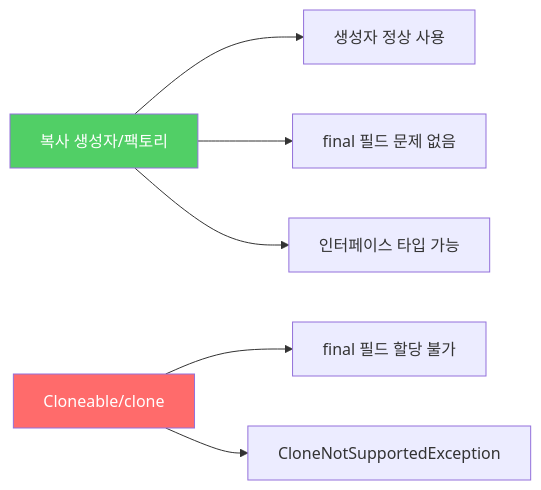
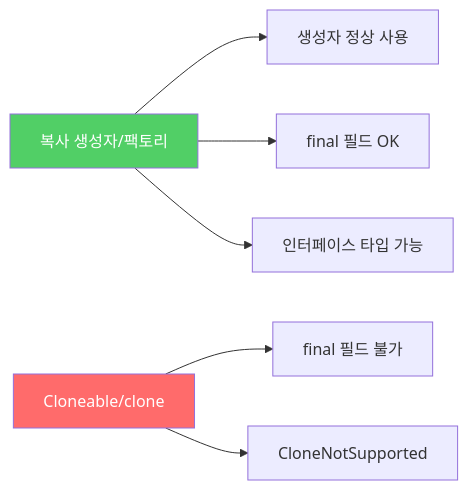
One commit to yjkim2015/yjkim2015.github.io changed the third of 4 diagrams in _posts/java/2021-12-27-effective-java13.md. Above: the diagram before and after it, drawn with Mermaid. The commit also changed 48 other files, not shown here.

First line of the commit message:
Mermaid 최종 47건 수정: participant/노드/줄수/라벨 전부 기준 이하

````diff
--- a/_posts/java/2021-12-27-effective-java13.md
+++ b/_posts/java/2021-12-27-effective-java13.md
@@ -188,12 +188,12 @@
 ```mermaid
 graph LR
     B["복사 생성자/팩토리"]
     C["Cloneable/clone"]
     B --> B1["생성자 정상 사용"]
-    B --> B2["final 필드 문제 없음"]
+    B --> B2["final 필드 OK"]
     B --> B3["인터페이스 타입 가능"]
-    C --> C1["final 필드 할당 불가"]
-    C --> C2["CloneNotSupportedException"]
+    C --> C1["final 필드 불가"]
+    C --> C2["CloneNotSupported"]
     style B fill:#51cf66,color:#fff
     style C fill:#ff6b6b,color:#fff
 ```
````
